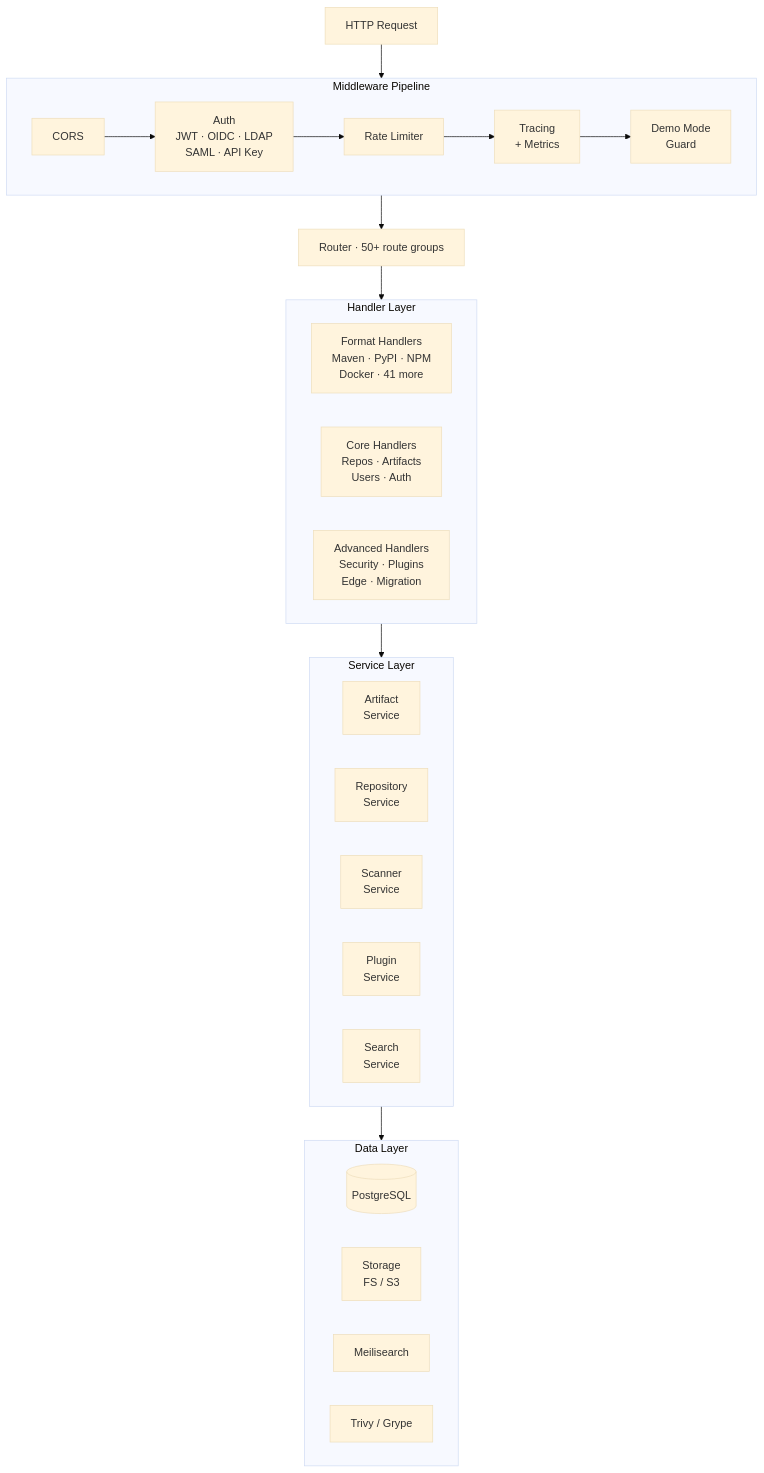
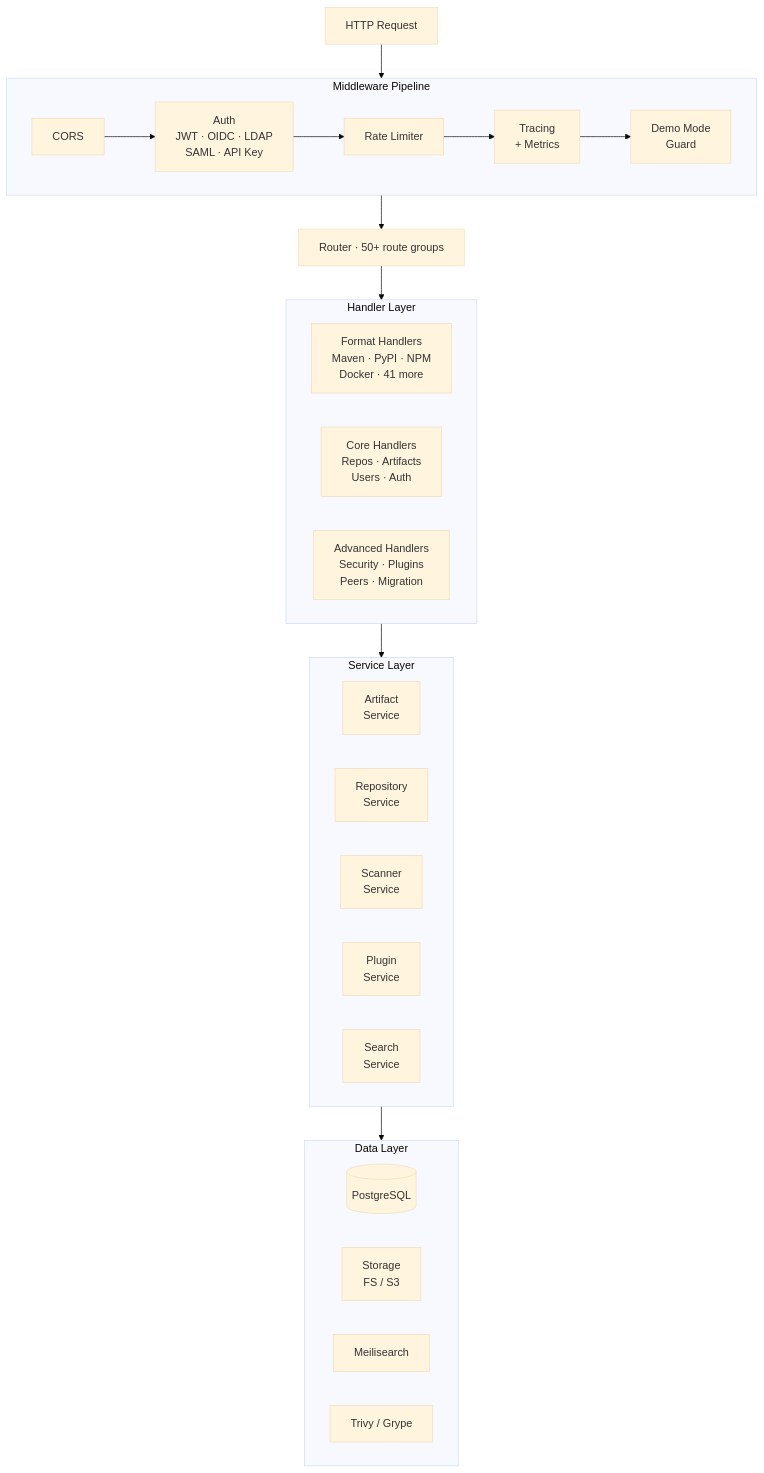
One commit to artifact-keeper/artifact-keeper changed the second of 6 diagrams in site/src/content/docs/docs/getting-started/architecture.mdx. Above: the diagram before and after it, drawn with Mermaid (base theme). The commit also changed other lines of this file and 7 other files, not shown here.

````diff
--- a/site/src/content/docs/docs/getting-started/architecture.mdx
+++ b/site/src/content/docs/docs/getting-started/architecture.mdx
@@ -52,43 +52,43 @@
 ```mermaid
 flowchart TD
     REQ["HTTP Request"] --> MW
 
     subgraph MW["Middleware Pipeline"]
         direction LR
-        CORS["CORS"] --> AUTH["Auth\nJWT · OIDC · LDAP\nSAML · API Key"]
+        CORS["CORS"] --> AUTH["Auth<br/>JWT · OIDC · LDAP<br/>SAML · API Key"]
         AUTH --> RL["Rate Limiter"]
-        RL --> TRACE["Tracing\n+ Metrics"]
-        TRACE --> DEMO["Demo Mode\nGuard"]
+        RL --> TRACE["Tracing<br/>+ Metrics"]
+        TRACE --> DEMO["Demo Mode<br/>Guard"]
     end
 
     MW --> ROUTER["Router · 50+ route groups"]
 
     subgraph HANDLERS["Handler Layer"]
-        FMT["Format Handlers\nMaven · PyPI · NPM\nDocker · 41 more"]
-        CORE["Core Handlers\nRepos · Artifacts\nUsers · Auth"]
-        ADV["Advanced Handlers\nSecurity · Plugins\nEdge · Migration"]
+        FMT["Format Handlers<br/>Maven · PyPI · NPM<br/>Docker · 41 more"]
+        CORE["Core Handlers<br/>Repos · Artifacts<br/>Users · Auth"]
+        ADV["Advanced Handlers<br/>Security · Plugins<br/>Peers · Migration"]
     end
 
     ROUTER --> HANDLERS
 
     subgraph SERVICES["Service Layer"]
         direction LR
-        ART["Artifact\nService"]
-        REPO["Repository\nService"]
-        SCAN["Scanner\nService"]
-        PLUG["Plugin\nService"]
-        SEARCH["Search\nService"]
+        ART["Artifact<br/>Service"]
+        REPO["Repository<br/>Service"]
+        SCAN["Scanner<br/>Service"]
+        PLUG["Plugin<br/>Service"]
+        SEARCH["Search<br/>Service"]
     end
 
     HANDLERS --> SERVICES
 
     subgraph DATA["Data Layer"]
         direction LR
         PG[(PostgreSQL)]
-        FS["Storage\nFS / S3"]
+        FS["Storage<br/>FS / S3"]
         MS["Meilisearch"]
         SC["Trivy / Grype"]
     end
 
     SERVICES --> DATA
 ```
````
